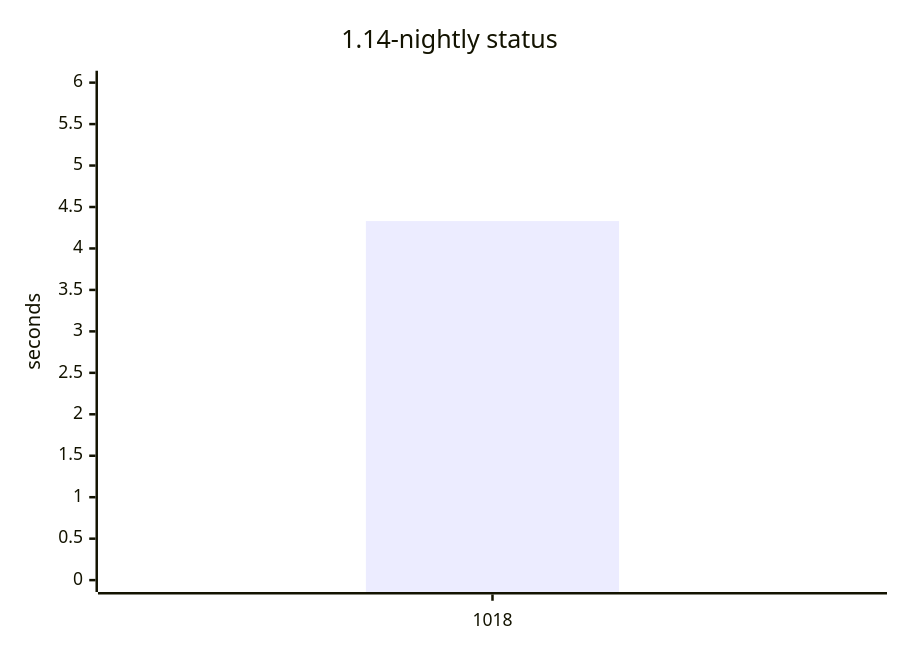
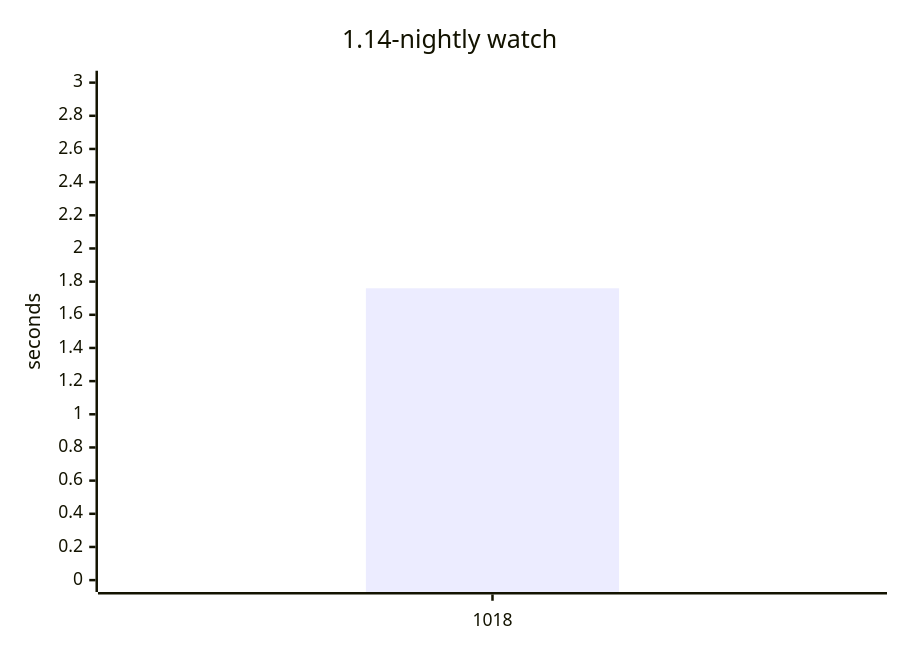
Before and after one commit to yamanori99/DistSSHQueue.jl: the sixth of 7 diagrams in README.md, drawn with Mermaid. The commit also changed other lines of this file and 1 other file, not shown here.

Commit message:
Record compile bench for 1.14-nightly.

````diff
--- a/README.md
+++ b/README.md
@@ -98,7 +149,7 @@
 ```mermaid
 xychart-beta
-    title "1.14-nightly status"
+    title "1.14-nightly watch"
     x-axis ["1018"]
-    y-axis "seconds" 0 --> 6
-    bar [4.33]
+    y-axis "seconds" 0 --> 3
+    bar [1.76]
 ```
````
